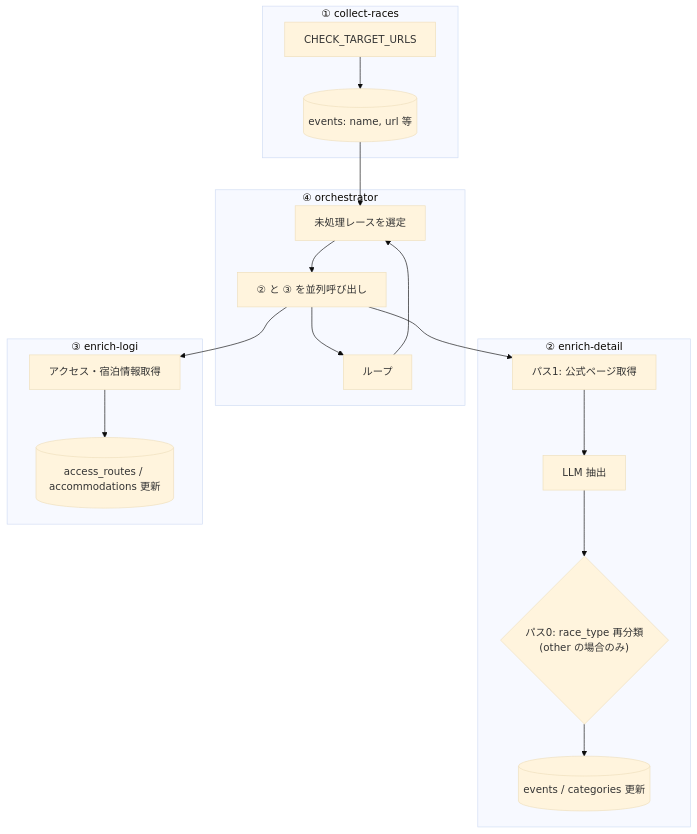
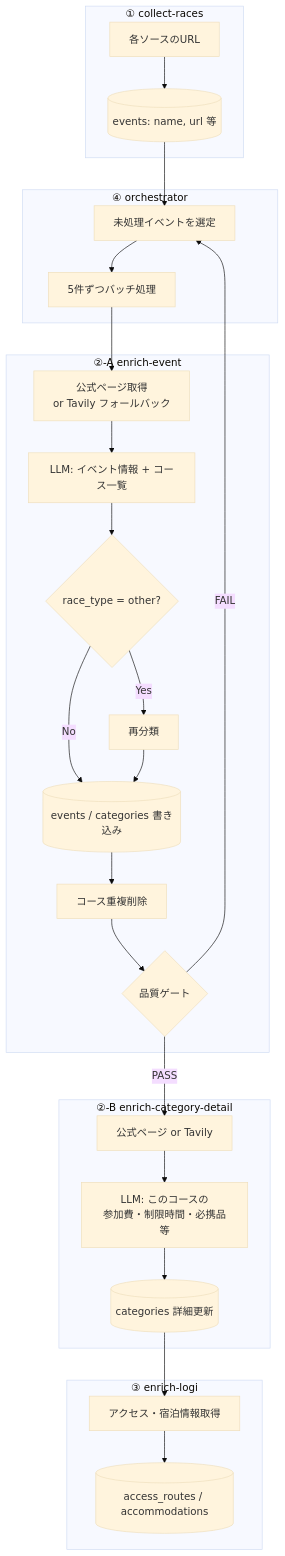
Before and after one commit to bokuno-studio/YabaiTravel: the diagram in docs/SPEC_BACKEND_FLOW.md, drawn with Mermaid (base theme). The commit also changed other lines of this file and 5 other files, not shown here.

````diff
--- a/docs/SPEC_BACKEND_FLOW.md
+++ b/docs/SPEC_BACKEND_FLOW.md
@@ -21,27 +29,35 @@
 ```mermaid
 flowchart TB
     subgraph S1["① collect-races"]
-        S1_IN[CHECK_TARGET_URLS] --> S1_OUT[(events: name, url 等)]
+        S1_IN[各ソースのURL] --> S1_OUT[(events: name, url 等)]
     end
 
     subgraph S4["④ orchestrator"]
-        S4_SELECT[未処理レースを選定] --> S4_DISPATCH[② と ③ を並列呼び出し]
-        S4_DISPATCH --> S4_LOOP[ループ]
-        S4_LOOP --> S4_SELECT
+        S4_SELECT[未処理イベントを選定] --> S4_BATCH[5件ずつバッチ処理]
     end
 
-    subgraph S2["② enrich-detail"]
-        S2_PASS0{"パス0: race_type 再分類\n(other の場合のみ)"}
-        S2_FETCH[パス1: 公式ページ取得] --> S2_LLM[LLM 抽出]
-        S2_LLM --> S2_PASS0
-        S2_PASS0 --> S2_WRITE[(events / categories 更新)]
+    subgraph S2A["②-A enrich-event"]
+        S2A_FETCH[公式ページ取得\nor Tavily フォールバック] --> S2A_LLM[LLM: イベント情報 + コース一覧]
+        S2A_LLM --> S2A_RECLASSIFY{race_type = other?}
+        S2A_RECLASSIFY --> |Yes| S2A_PASS0[再分類]
+        S2A_RECLASSIFY --> |No| S2A_WRITE
+        S2A_PASS0 --> S2A_WRITE[(events / categories 書き込み)]
+        S2A_WRITE --> S2A_DEDUP[コース重複削除]
+        S2A_DEDUP --> S2A_GATE{品質ゲート}
+    end
+
+    subgraph S2B["②-B enrich-category-detail"]
+        S2B_FETCH[公式ページ or Tavily] --> S2B_LLM["LLM: このコースの\n参加費・制限時間・必携品等"]
+        S2B_LLM --> S2B_WRITE[(categories 詳細更新)]
     end
 
     subgraph S3["③ enrich-logi"]
-        S3_FETCH[アクセス・宿泊情報取得] --> S3_WRITE[(access_routes / accommodations 更新)]
+        S3_FETCH[アクセス・宿泊情報取得] --> S3_WRITE[(access_routes / accommodations)]
     end
 
     S1_OUT --> S4_SELECT
-    S4_DISPATCH --> S2_FETCH
-    S4_DISPATCH --> S3_FETCH
+    S4_BATCH --> S2A_FETCH
+    S2A_GATE --> |PASS| S2B_FETCH
+    S2A_GATE --> |FAIL| S4_SELECT
+    S2B_WRITE --> S3_FETCH
 ```
````
